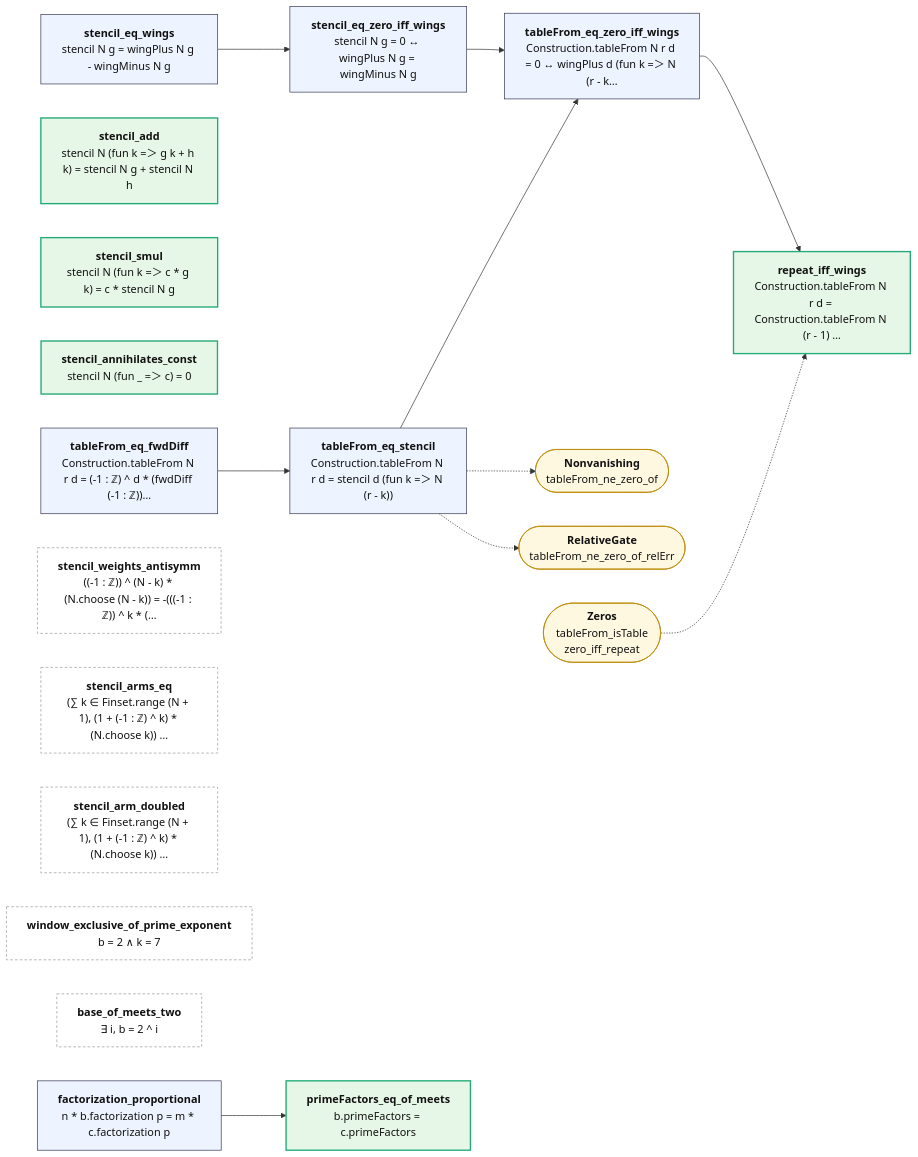
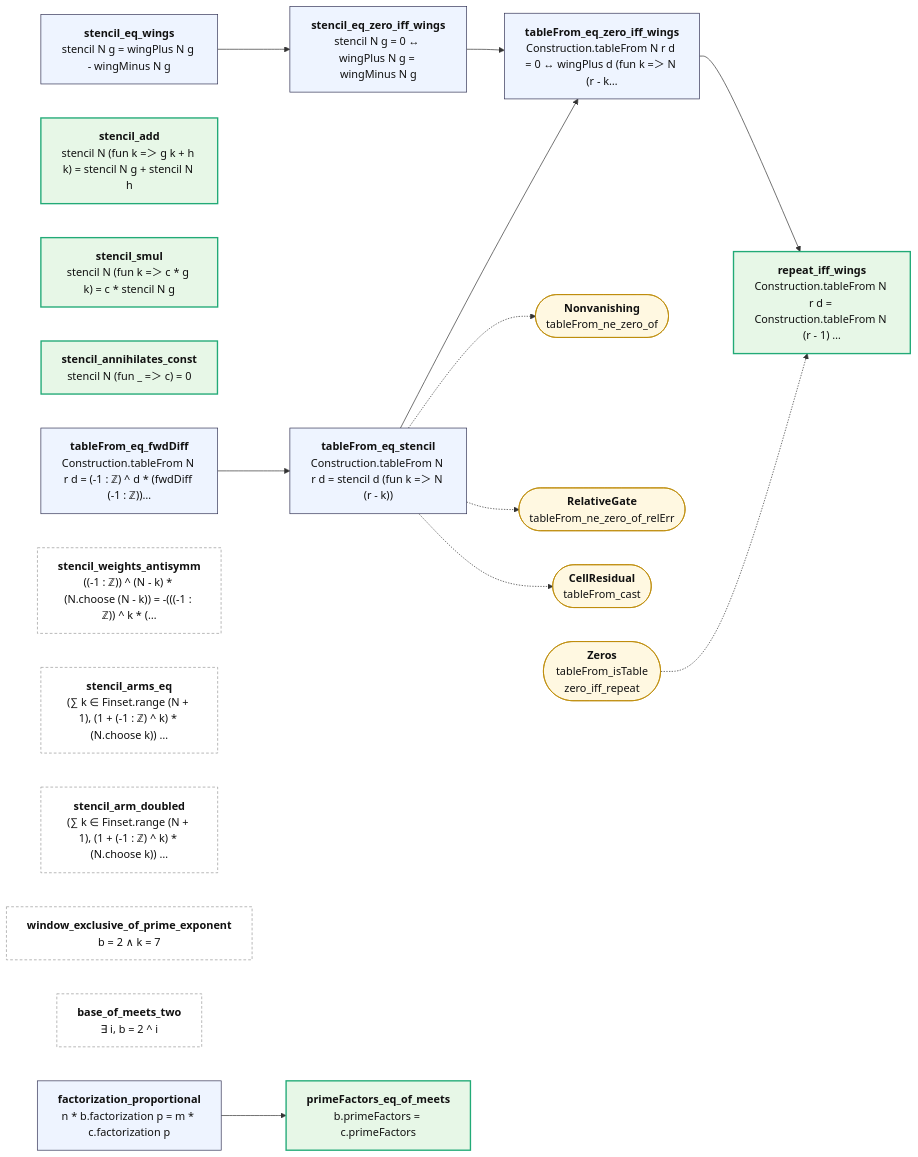
The diagram in map/lean/ZerosStencil.md (juliansambranojr/Primebeat_081426), drawn with Mermaid before and after one commit. The commit also changed other lines of this file and 54 other files, not shown here.

First line of the commit message:
PiToPsi.lean, CellResidual.lean: RH holds exactly when every cell's residual, on every dyadic ladder, stays at square-root size (RH_iff_cells); RH is the square-root bound on pi minus Li (RH_iff_schoenfeldWeak); forward on the table itself (table_cell_resid); joint T5 SEALED; units 0427, 0428 logged

````diff
--- a/map/lean/ZerosStencil.md
+++ b/map/lean/ZerosStencil.md
@@ -12,36 +12,38 @@
 ```mermaid
 flowchart LR
   n0["<b>tableFrom_eq_fwdDiff</b><br/>Construction.tableFrom N r d = (-1 : ℤ) ^ d * (fwdDiff (-1 : ℤ))…"]:::thm
   n1["<b>tableFrom_eq_stencil</b><br/>Construction.tableFrom N r d = stencil d (fun k =＞ N (r - k))"]:::thm
   n2["<b>stencil_add</b><br/>stencil N (fun k =＞ g k + h k) = stencil N g + stencil N h"]:::end_
   n3["<b>stencil_smul</b><br/>stencil N (fun k =＞ c * g k) = c * stencil N g"]:::end_
   n4["<b>stencil_annihilates_const</b><br/>stencil N (fun _ =＞ c) = 0"]:::end_
   n5["<b>stencil_eq_wings</b><br/>stencil N g = wingPlus N g - wingMinus N g"]:::thm
   n6["<b>stencil_eq_zero_iff_wings</b><br/>stencil N g = 0 ↔ wingPlus N g = wingMinus N g"]:::thm
   n7["<b>tableFrom_eq_zero_iff_wings</b><br/>Construction.tableFrom N r d = 0 ↔ wingPlus d (fun k =＞ N (r - k…"]:::thm
   n8["<b>repeat_iff_wings</b><br/>Construction.tableFrom N r d = Construction.tableFrom N (r - 1) …"]:::end_
   n9["<b>stencil_weights_antisymm</b><br/>((-1 : ℤ)) ^ (N - k) * (N.choose (N - k)) = -(((-1 : ℤ)) ^ k * (…"]:::lone
   n10["<b>stencil_arms_eq</b><br/>(∑ k ∈ Finset.range (N + 1), (1 + (-1 : ℤ) ^ k) * (N.choose k)) …"]:::lone
   n11["<b>stencil_arm_doubled</b><br/>(∑ k ∈ Finset.range (N + 1), (1 + (-1 : ℤ) ^ k) * (N.choose k)) …"]:::lone
   n12["<b>window_exclusive_of_prime_exponent</b><br/>b = 2 ∧ k = 7"]:::lone
   n13["<b>base_of_meets_two</b><br/>∃ i, b = 2 ^ i"]:::lone
   n14["<b>factorization_proportional</b><br/>n * b.factorization p = m * c.factorization p"]:::thm
   n15["<b>primeFactors_eq_of_meets</b><br/>b.primeFactors = c.primeFactors"]:::end_
   x0(["<b>Nonvanishing</b><br/>tableFrom_ne_zero_of"]):::ext
   x1(["<b>RelativeGate</b><br/>tableFrom_ne_zero_of_relErr"]):::ext
-  x2(["<b>Zeros</b><br/>tableFrom_isTable<br/>zero_iff_repeat"]):::ext
+  x2(["<b>CellResidual</b><br/>tableFrom_cast"]):::ext
+  x3(["<b>Zeros</b><br/>tableFrom_isTable<br/>zero_iff_repeat"]):::ext
   n0 --> n1
   n1 --> n7
   n14 --> n15
   n5 --> n6
   n6 --> n7
   n7 --> n8
   n1 -.-> x0
   n1 -.-> x1
-  x2 -.-> n8
+  n1 -.-> x2
+  x3 -.-> n8
   classDef thm fill:#eef4ff,stroke:#335,color:#111
   classDef end_ fill:#e7f7e7,stroke:#2a7,color:#111,stroke-width:2px
   classDef lone fill:#fff,stroke:#999,color:#111,stroke-dasharray:4 3
   classDef bad fill:#ffe5e5,stroke:#c22,color:#111,stroke-width:2px
   classDef ext fill:#fff8e1,stroke:#b80,color:#111
 ```
````
